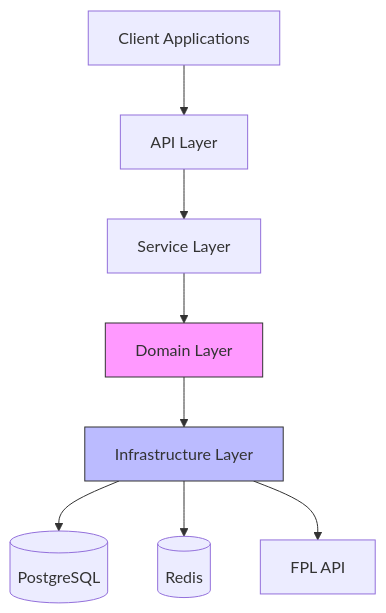
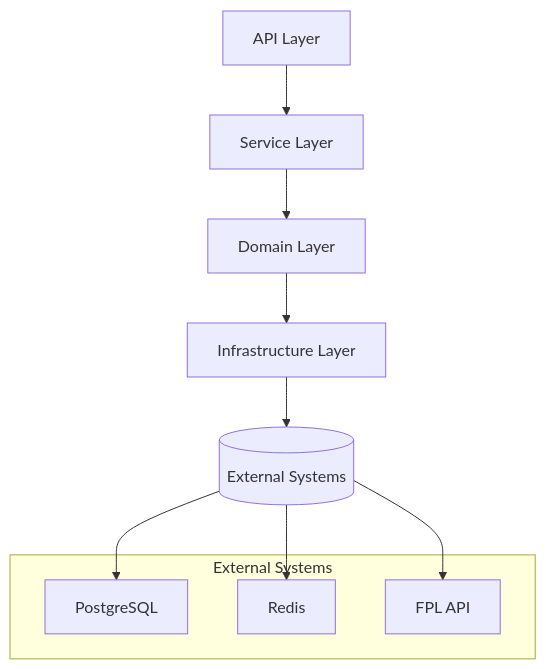
The first of 3 diagrams in documentation/design/Design_Guide.md (tonglam/letletme_data), drawn with Mermaid before and after one commit. The commit also changed other lines of this file and 15 other files, not shown here.

First line of the commit message:
Refactor API and Service Layers with Enhanced Type Safety and Error Handling

````diff
--- a/documentation/design/Design_Guide.md
+++ b/documentation/design/Design_Guide.md
@@ -73,22 +54,17 @@
 ```mermaid
-graph TB
-    Client[Client Applications]
-    API[API Layer]
-    Service[Service Layer]
-    Domain[Domain Layer]
-    Infra[Infrastructure Layer]
-    DB[(PostgreSQL)]
-    Cache[(Redis)]
-    FPL[FPL API]
+graph TD
+    A[API Layer] --> B[Service Layer]
+    B --> C[Domain Layer]
+    C --> D[Infrastructure Layer]
+    D --> E[(External Systems)]
 
-    Client --> API
-    API --> Service
-    Service --> Domain
-    Domain --> Infra
-    Infra --> DB
-    Infra --> Cache
-    Infra --> FPL
+    subgraph External Systems
+        F[PostgreSQL]
+        G[Redis]
+        H[FPL API]
+    end
 
-    style Domain fill:#f9f,stroke:#333
-    style Infra fill:#bbf,stroke:#333
+    E --> F
+    E --> G
+    E --> H
 ```
````
